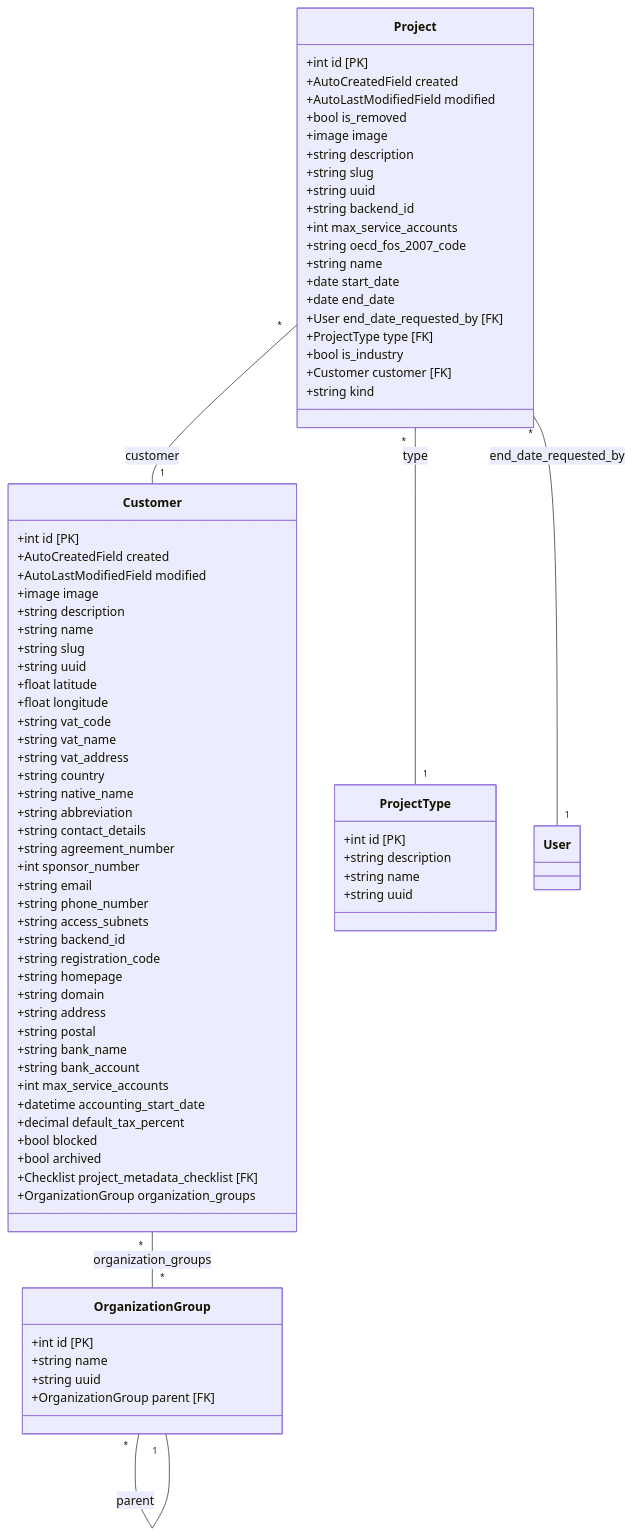
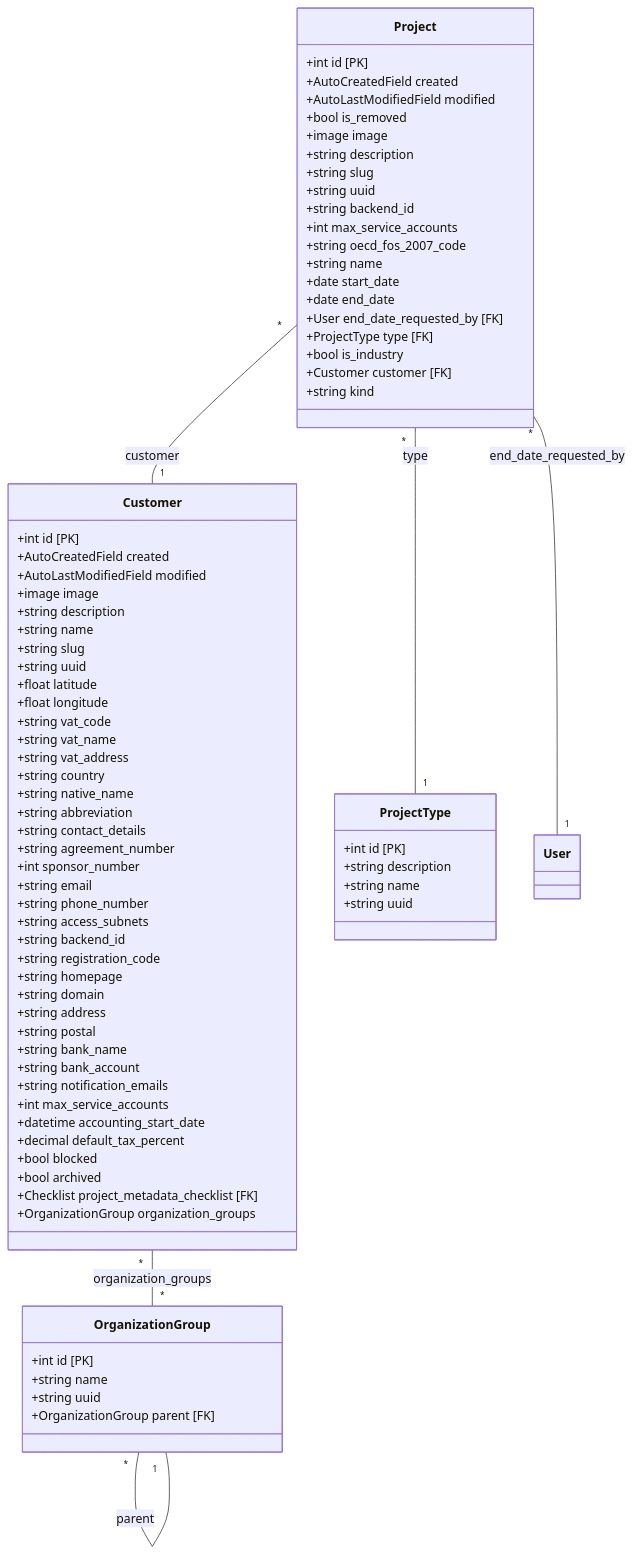
The diagram in docs/developer-guide/core_structure.mmd (waldur/waldur-docs), drawn with Mermaid before and after one commit.

Commit message:
Update configuration, CLI and developer guide

```diff
--- a/docs/developer-guide/core_structure.mmd
+++ b/docs/developer-guide/core_structure.mmd
@@ -1,79 +1,80 @@
 classDiagram
     direction TB
     class OrganizationGroup {
         +int id [PK]
         +string name
         +string uuid
         +OrganizationGroup parent [FK]
     }
     class Customer {
         +int id [PK]
         +AutoCreatedField created
         +AutoLastModifiedField modified
         +image image
         +string description
         +string name
         +string slug
         +string uuid
         +float latitude
         +float longitude
         +string vat_code
         +string vat_name
         +string vat_address
         +string country
         +string native_name
         +string abbreviation
         +string contact_details
         +string agreement_number
         +int sponsor_number
         +string email
         +string phone_number
         +string access_subnets
         +string backend_id
         +string registration_code
         +string homepage
         +string domain
         +string address
         +string postal
         +string bank_name
         +string bank_account
+        +string notification_emails
         +int max_service_accounts
         +datetime accounting_start_date
         +decimal default_tax_percent
         +bool blocked
         +bool archived
         +Checklist project_metadata_checklist [FK]
         +OrganizationGroup organization_groups
     }
     class ProjectType {
         +int id [PK]
         +string description
         +string name
         +string uuid
     }
     class Project {
         +int id [PK]
         +AutoCreatedField created
         +AutoLastModifiedField modified
         +bool is_removed
         +image image
         +string description
         +string slug
         +string uuid
         +string backend_id
         +int max_service_accounts
         +string oecd_fos_2007_code
         +string name
         +date start_date
         +date end_date
         +User end_date_requested_by [FK]
         +ProjectType type [FK]
         +bool is_industry
         +Customer customer [FK]
         +string kind
     }
     Customer "*" -- "*" OrganizationGroup : organization_groups
     OrganizationGroup "*" -- "1" OrganizationGroup : parent
     Project "*" -- "1" Customer : customer
     Project "*" -- "1" ProjectType : type
     Project "*" -- "1" User : end_date_requested_by
```
